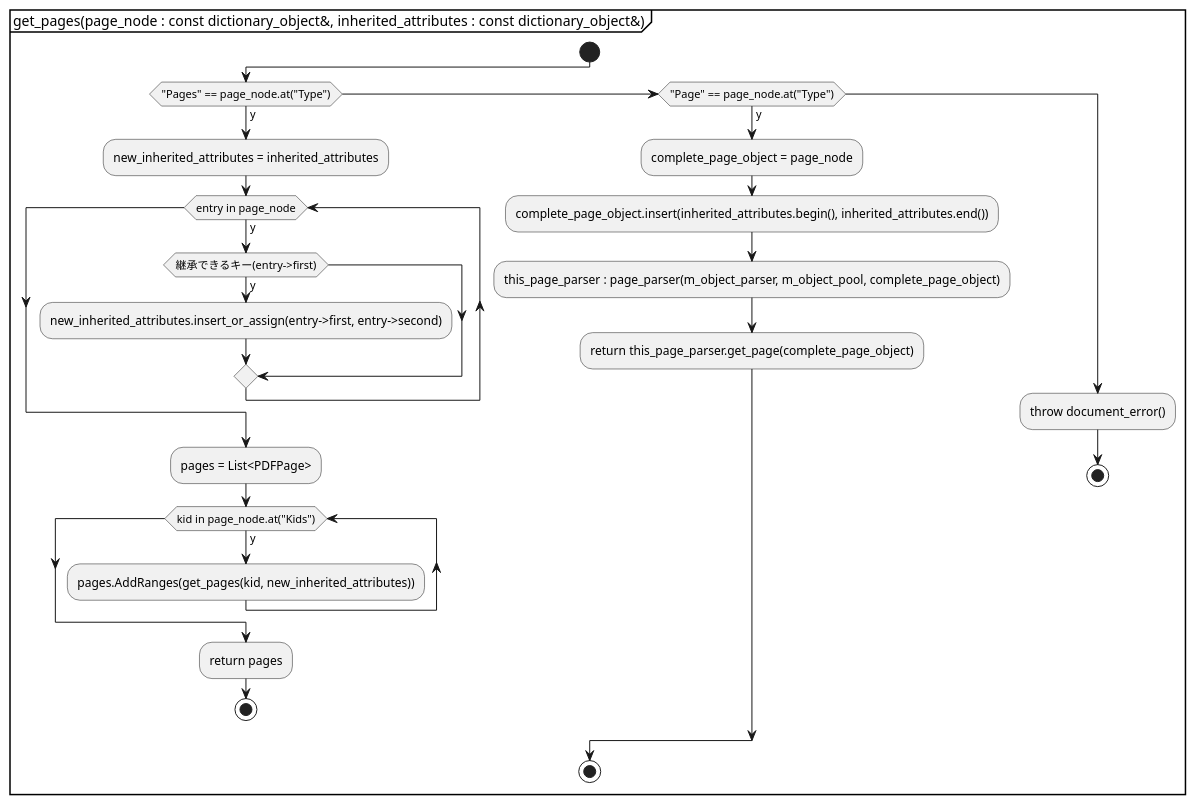
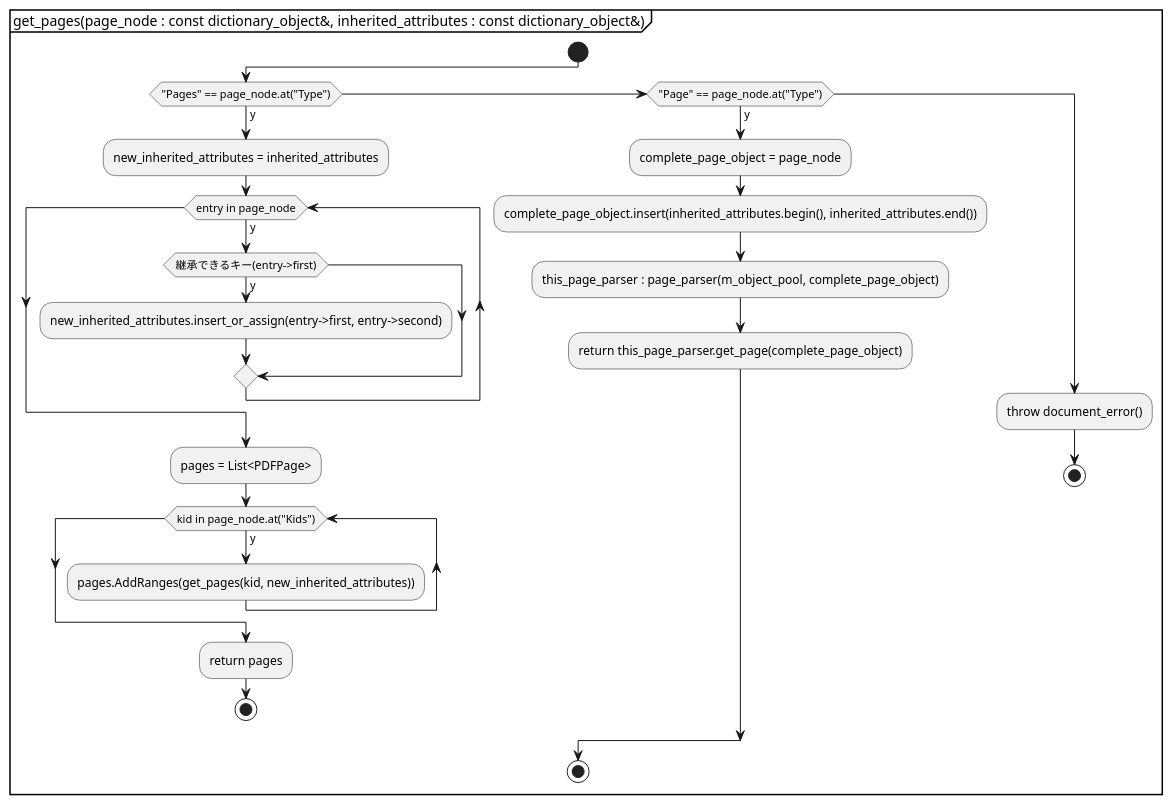
One commit to KodaiYM/PDFReader changed the third of 3 diagrams in document/document_reader/page_tree_parser/page_tree_parser.activity.pu. Above: the diagram before and after it, drawn with PlantUML. The commit also changed other lines of this file and 3 other files, not shown here.

```diff
--- a/document/document_reader/page_tree_parser/page_tree_parser.activity.pu
+++ b/document/document_reader/page_tree_parser/page_tree_parser.activity.pu
@@ -19,31 +19,31 @@
 @startuml get_pages_recursive
 partition "get_pages(page_node : const dictionary_object&, inherited_attributes : const dictionary_object&)" {
 start
 	if ("Pages" == page_node.at("Type")) then (y)
 		:new_inherited_attributes = inherited_attributes;
 		while (entry in page_node) is (y)
 			' Resources, MediaBox, CropBox, Rotate
 			if (継承できるキー(entry->first)) then (y)
 				:new_inherited_attributes.insert_or_assign(entry->first, entry->second);
 			endif
 		endwhile
 
 		:pages = List<PDFPage>;
 		while (kid in page_node.at("Kids")) is (y)
 			:pages.AddRanges(get_pages(kid, new_inherited_attributes));
 		endwhile
 		:return pages;
 		stop
 	elseif ("Page" == page_node.at("Type")) then (y)
 		:complete_page_object = page_node;
 		:complete_page_object.insert(inherited_attributes.begin(), inherited_attributes.end());
 
-		:this_page_parser : page_parser(m_object_parser, m_object_pool, complete_page_object);
+		:this_page_parser : page_parser(m_object_pool, complete_page_object);
 		:return this_page_parser.get_page(complete_page_object);
 	else
 		:throw document_error();
 		stop
 	endif
 stop
 }
 @enduml
```
